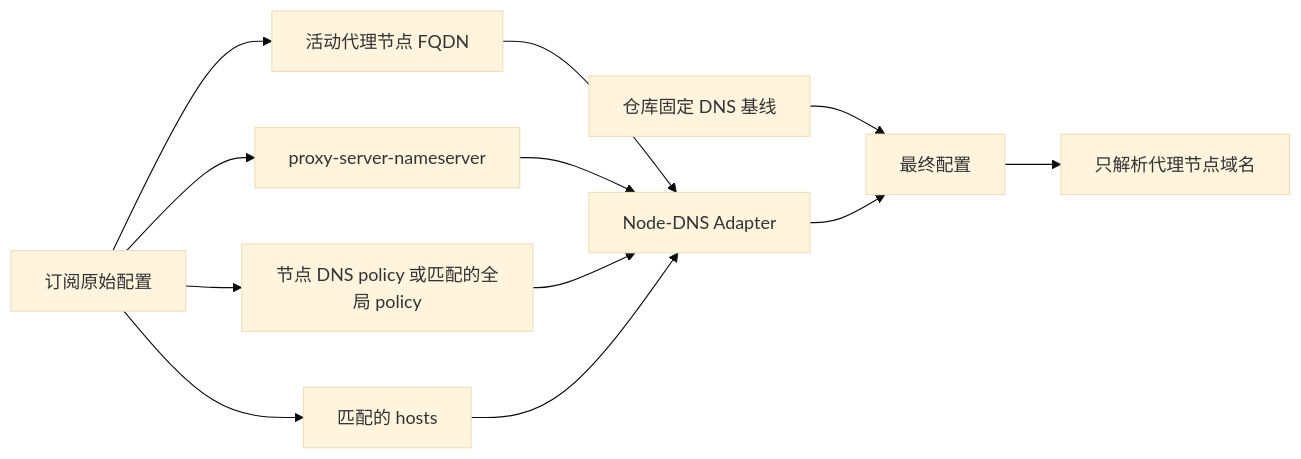
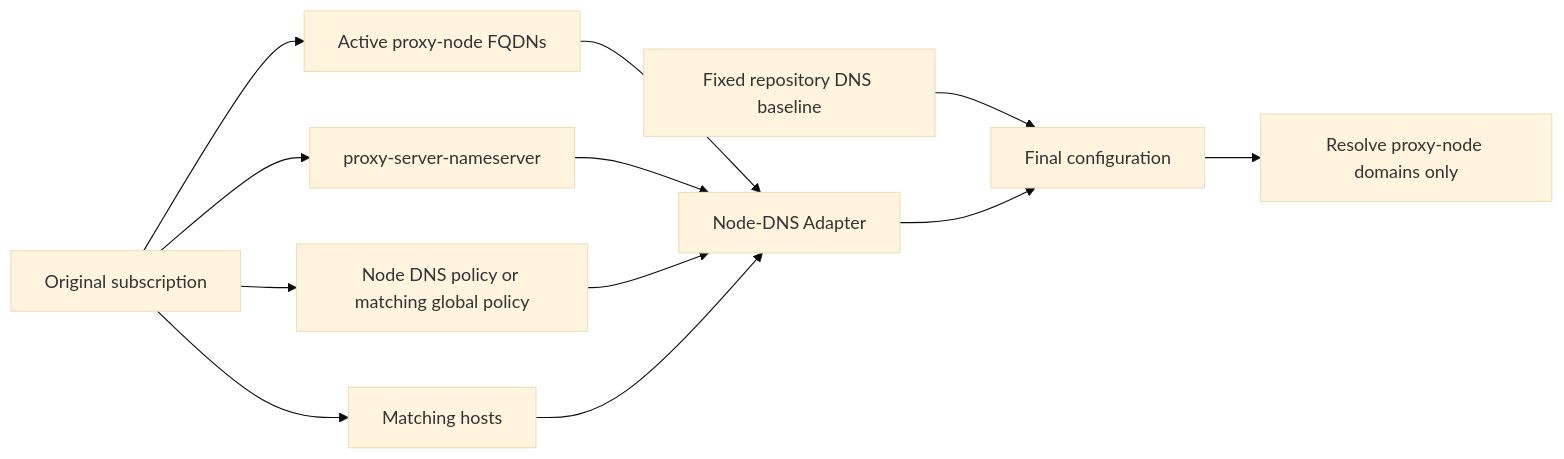
One commit to IvanSolis1989/Smart-Config-Kit changed the diagram in docs/private-node-dns.md. Above: the diagram before and after it, drawn with Mermaid (base theme). The commit also changed other lines of this file and 569 other files, not shown here.

````diff
--- a/docs/private-node-dns.md
+++ b/docs/private-node-dns.md
@@ -30,14 +35,14 @@
 ```mermaid
 flowchart LR
-  S[订阅原始配置] --> N[活动代理节点 FQDN]
+  S[Original subscription] --> N[Active proxy-node FQDNs]
   S --> P[proxy-server-nameserver]
-  S --> Q[节点 DNS policy 或匹配的全局 policy]
-  S --> H[匹配的 hosts]
+  S --> Q[Node DNS policy or matching global policy]
+  S --> H[Matching hosts]
   N --> A[Node-DNS Adapter]
   P --> A
   Q --> A
   H --> A
-  B[仓库固定 DNS 基线] --> M[最终配置]
+  B[Fixed repository DNS baseline] --> M[Final configuration]
   A --> M
-  M --> R[只解析代理节点域名]
+  M --> R[Resolve proxy-node domains only]
 ```
````
